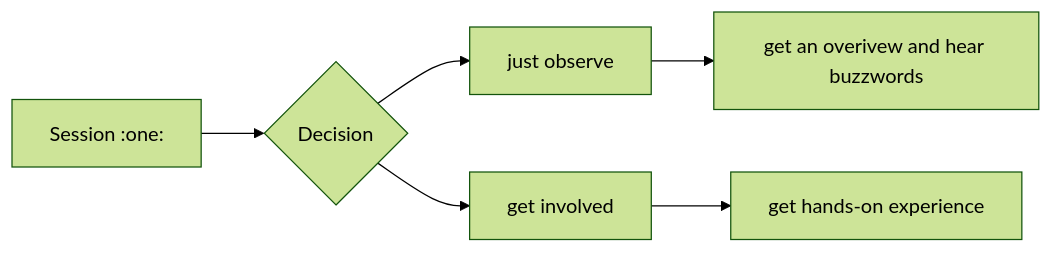
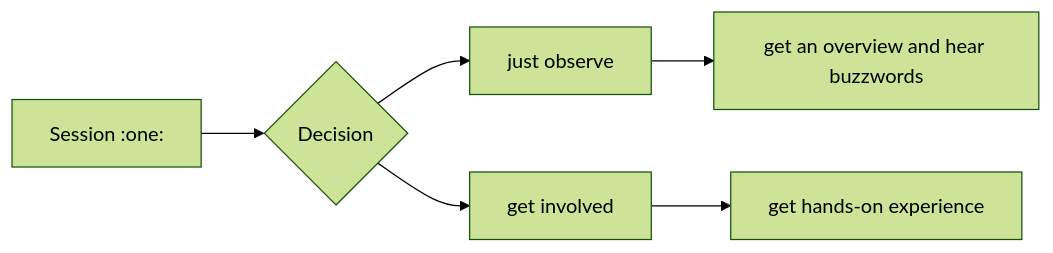
One commit to neon-ninja/QuartoSlides changed the diagram in DataWorkflows2024.qmd. Above: the diagram before and after it, drawn with Mermaid (forest theme). The commit also changed 1 other file, not shown here.

Commit message:
mermaid SCSS tweaks

````diff
--- a/DataWorkflows2024.qmd
+++ b/DataWorkflows2024.qmd
@@ -73,10 +73,10 @@
 ```{mermaid}
 %%| fig-width: 15
 %%| fig-height: 5
 flowchart LR
   A["Session :one:"] --> B{Decision}
   B --> C[just observe]
   B --> D[get involved]
-  C --> E[get an overivew and hear buzzwords]
+  C --> E[get an overview and hear buzzwords]
   D --> F[get hands-on experience]
 ```
````
